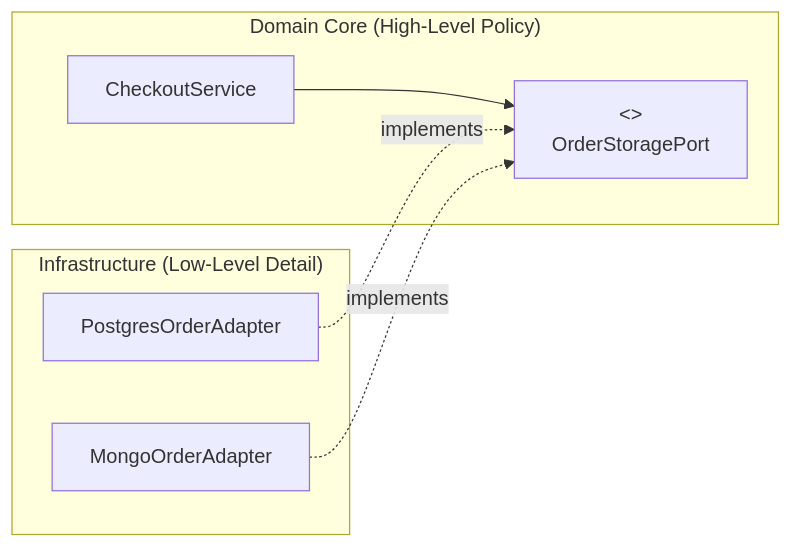
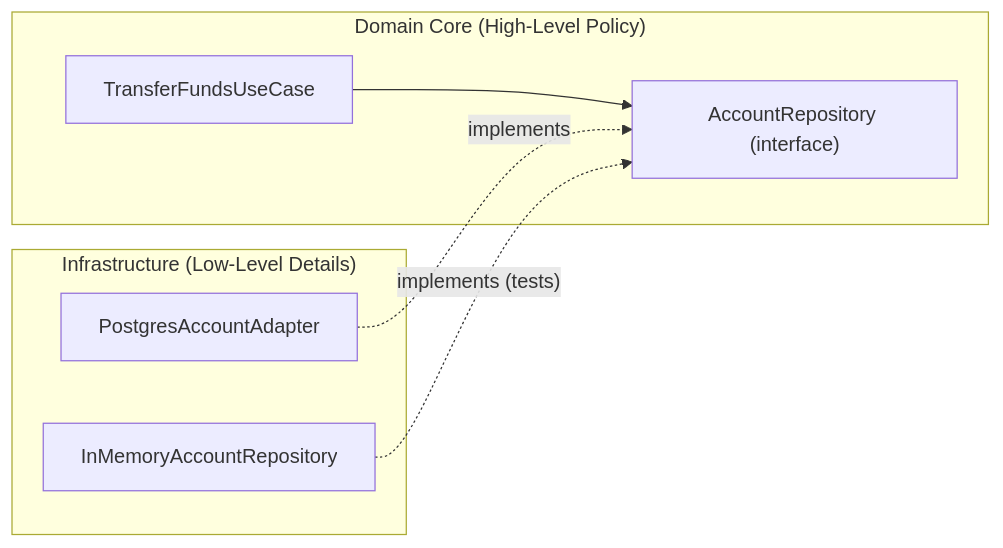
The third of 3 diagrams in content/roadmap/level-6/solid-principles-basics.md (ravishankar2463/java_hub), drawn with Mermaid before and after one commit. The commit also changed other lines of this file and 119 other files, not shown here.

Commit message:
feat: add comprehensive java learning roadmap content across multiple levels

````diff
--- a/content/roadmap/level-6/solid-principles-basics.md
+++ b/content/roadmap/level-6/solid-principles-basics.md
@@ -328,11 +464,11 @@
 ```mermaid
 flowchart LR
     subgraph "Domain Core (High-Level Policy)"
-        Service["CheckoutService"] --> Port["<<interface>><br/>OrderStoragePort"]
+        UseCase["TransferFundsUseCase"] --> Port["AccountRepository (interface)"]
     end
 
-    subgraph "Infrastructure (Low-Level Detail)"
-        PgAdapter["PostgresOrderAdapter"] -.->|implements| Port
-        MongoAdapter["MongoOrderAdapter"] -.->|implements| Port
+    subgraph "Infrastructure (Low-Level Details)"
+        PgAdapter["PostgresAccountAdapter"] -.->|"implements"| Port
+        InMemory["InMemoryAccountRepository"] -.->|"implements (tests)"| Port
     end
 ```
````
